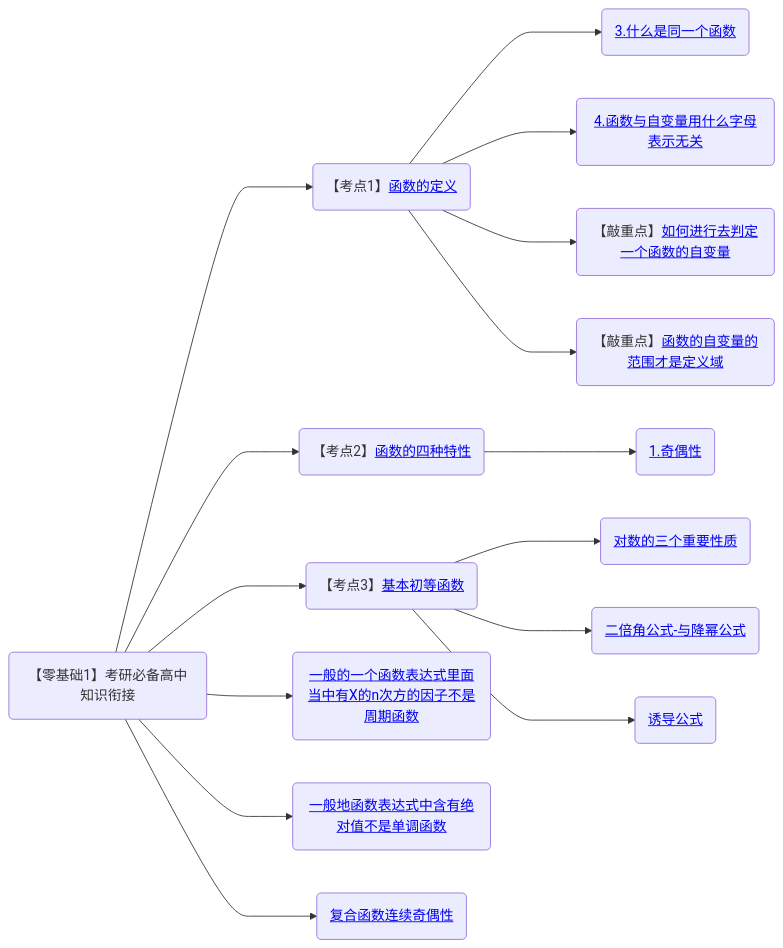
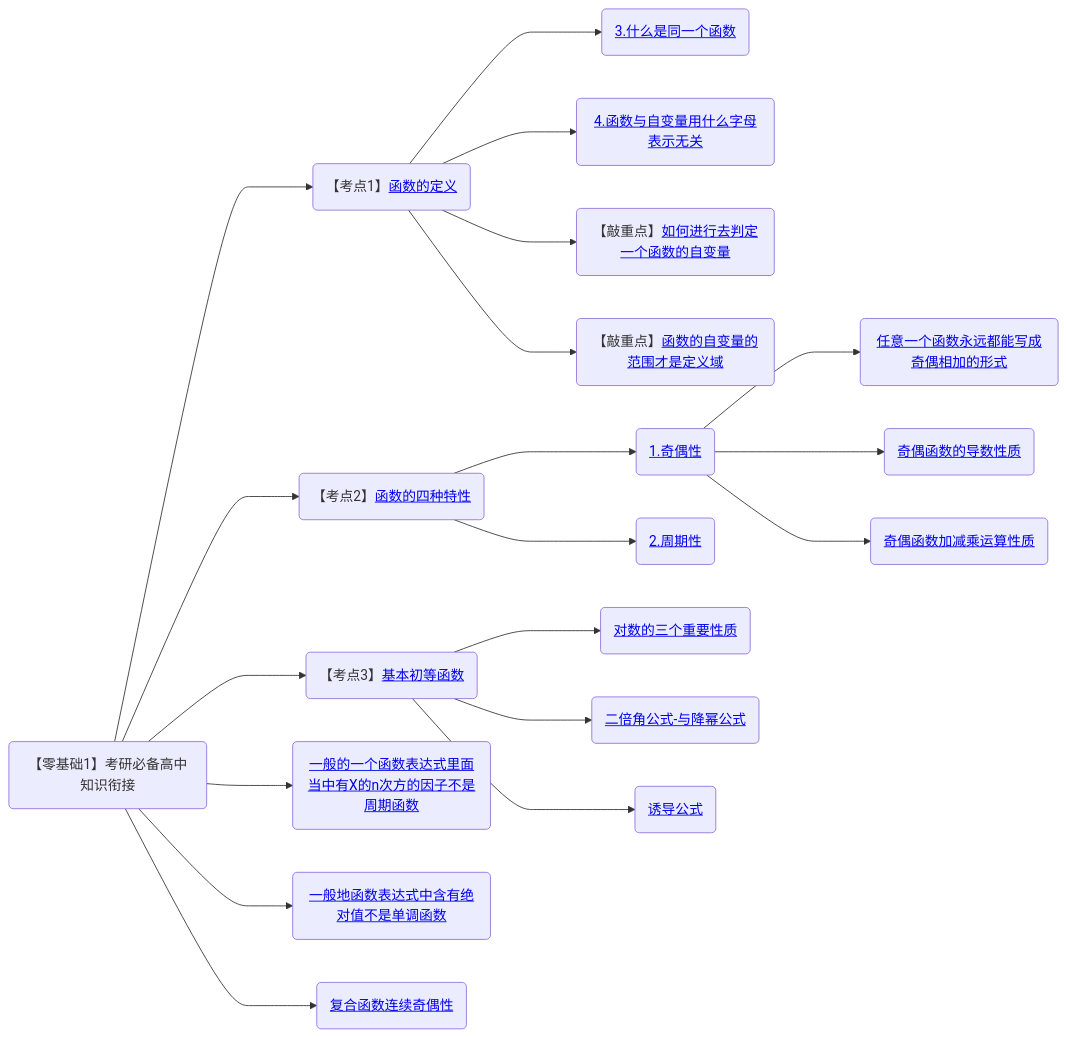
One commit to yuebinghui/note changed the second of 11 diagrams in 笔记/数学/周洋鑫/00.框架.md. Above: the diagram before and after it, drawn with Mermaid. The commit also changed 2 other files, not shown here.

Commit message:
Wed Sep 11 10:40:00 CST 2024

````diff
--- a/笔记/数学/周洋鑫/00.框架.md
+++ b/笔记/数学/周洋鑫/00.框架.md
@@ -11,26 +11,32 @@
 ```mermaid
 graph LR
 考研必备高中知识衔接(【零基础1】考研必备高中知识衔接)
 
 考研必备高中知识衔接--->函数的定义(【考点1】<a href="/Users/yuebinghui/Documents/program/github/note/笔记/数学/周洋鑫/02.零基础核心考点精讲1-1～2-1.md#函数的定义">函数的定义</>)
 函数的定义--->3.什么是同一个函数(<a href="/Users/yuebinghui/Documents/program/github/note/笔记/数学/周洋鑫/02.零基础核心考点精讲1-1～2-1.md#3.什么是同一个函数">3.什么是同一个函数</>)
 函数的定义--->4.函数与自变量用什么字母表示无关(<a href="/Users/yuebinghui/Documents/program/github/note/笔记/数学/周洋鑫/02.零基础核心考点精讲1-1～2-1.md#4.函数与自变量用什么字母表示无关">4.函数与自变量用什么字母表示无关</>)
 函数的定义--->如何进行去判定一个函数的自变量(【敲重点】<a href="/Users/yuebinghui/Documents/program/github/note/笔记/数学/周洋鑫/02.零基础核心考点精讲1-1～2-1.md#如何进行去判定一个函数的自变量">如何进行去判定一个函数的自变量</>)
 函数的定义--->函数的自变量的范围才是定义域(【敲重点】<a href="/Users/yuebinghui/Documents/program/github/note/笔记/数学/周洋鑫/02.零基础核心考点精讲1-1～2-1.md#函数的自变量的范围才是定义域">函数的自变量的范围才是定义域</>)
 
 考研必备高中知识衔接--->函数的四种特性(【考点2】<a href="/Users/yuebinghui/Documents/program/github/note/笔记/数学/周洋鑫/02.零基础核心考点精讲1-1～2-1.md#函数的四种特性">函数的四种特性</>)
 函数的四种特性--->1.奇偶性(<a href="/Users/yuebinghui/Documents/program/github/note/笔记/数学/周洋鑫/02.零基础核心考点精讲1-1～2-1.md#1.奇偶性">1.奇偶性</>)
+1.奇偶性--->任意一个函数永远都能写成奇偶相加的形式(<a href="/Users/yuebinghui/Documents/program/github/note/笔记/数学/周洋鑫/02.零基础核心考点精讲1-1～2-1.md#任意一个函数永远都能写成奇偶相加的形式">任意一个函数永远都能写成奇偶相加的形式</>)
+1.奇偶性--->奇偶函数的导数性质(<a href="/Users/yuebinghui/Documents/program/github/note/笔记/数学/周洋鑫/02.零基础核心考点精讲1-1～2-1.md#奇偶函数的导数性质">奇偶函数的导数性质</>)
+1.奇偶性--->奇偶函数加减乘运算性质(<a href="/Users/yuebinghui/Documents/program/github/note/笔记/数学/周洋鑫/02.零基础核心考点精讲1-1～2-1.md#奇偶函数加减乘运算性质">奇偶函数加减乘运算性质</>)
+函数的四种特性--->2.周期性(<a href="/Users/yuebinghui/Documents/program/github/note/笔记/数学/周洋鑫/02.零基础核心考点精讲1-1～2-1.md#2.周期性 ">2.周期性 </>)
+
+
 
 考研必备高中知识衔接--->基本初等函数(【考点3】<a href="/Users/yuebinghui/Documents/program/github/note/笔记/数学/周洋鑫/02.零基础核心考点精讲1-1～2-1.md#基本初等函数">基本初等函数</>)
 基本初等函数--->对数的三个重要性质(<a href="/Users/yuebinghui/Documents/program/github/note/笔记/数学/周洋鑫/02.零基础核心考点精讲1-1～2-1.md#对数的三个重要性质">对数的三个重要性质</>)
 基本初等函数--->二倍角公式-与降幂公式(<a href="/Users/yuebinghui/Documents/program/github/note/笔记/数学/周洋鑫/02.零基础核心考点精讲1-1～2-1.md#二倍角公式-与降幂公式">二倍角公式-与降幂公式</>)
 基本初等函数--->诱导公式(<a href="/Users/yuebinghui/Documents/program/github/note/笔记/数学/周洋鑫/02.零基础核心考点精讲1-1～2-1.md#诱导公式">诱导公式</>)
 
 
 
 考研必备高中知识衔接--->一般的一个函数表达式里面当中有X的n次方的因子不是周期函数(<a href="/Users/yuebinghui/Documents/program/github/note/笔记/数学/周洋鑫/04.零基础核心考点精讲3-2.md#一般的一个函数表达式里面当中有X的n次方的因子不是周期函数">一般的一个函数表达式里面当中有X的n次方的因子不是周期函数</>)
 考研必备高中知识衔接--->一般地函数表达式中含有绝对值不是单调函数(<a href="/Users/yuebinghui/Documents/program/github/note/笔记/数学/周洋鑫/04.零基础核心考点精讲3-2.md#一般地函数表达式中含有绝对值不是单调函数">一般地函数表达式中含有绝对值不是单调函数</>)
 考研必备高中知识衔接--->复合函数连续奇偶性(<a href="/Users/yuebinghui/Documents/program/github/note/笔记/数学/周洋鑫/05.1.零基础核心考点精讲4-2.md#复合函数连续奇偶性">复合函数连续奇偶性</>)
 
 
 ```
````
